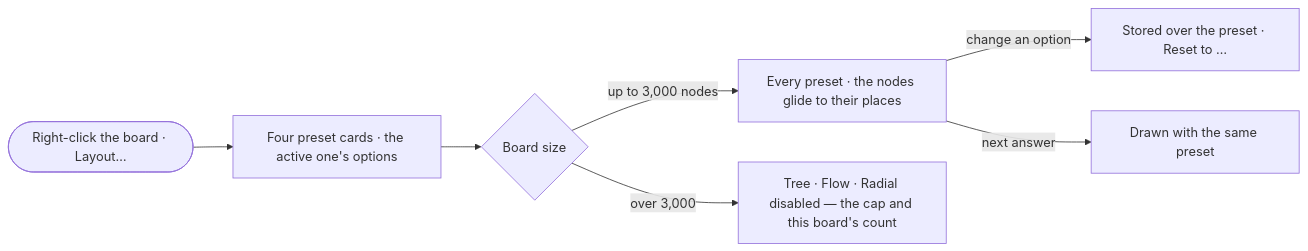
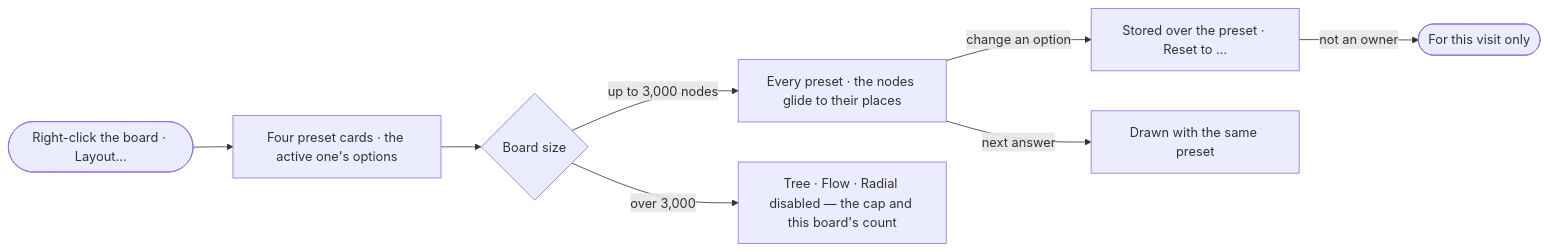
The diagram in specs/capabilities/explore/features/EX-F01-the-board-and-its-canvas/stories/EX-16-switch-the-layout/story.md (invana/invana), drawn with Mermaid before and after one commit. The commit also changed other lines of this file and 522 other files, not shown here.

````diff
--- a/specs/capabilities/explore/features/EX-F01-the-board-and-its-canvas/stories/EX-16-switch-the-layout/story.md
+++ b/specs/capabilities/explore/features/EX-F01-the-board-and-its-canvas/stories/EX-16-switch-the-layout/story.md
@@ -26,9 +26,10 @@
 ```mermaid
 flowchart LR
   a([Right-click the board · Layout…]) --> p["Four preset cards · the active one's options"]
   p --> n{Board size}
   n -->|up to 3,000 nodes| g["Every preset · the nodes glide to their places"]
   n -->|over 3,000| x["Tree · Flow · Radial disabled — the cap and this board's count"]
   g -->|change an option| o["Stored over the preset · Reset to …"]
+  o -->|not an owner| v(["For this visit only"])
   g -->|next answer| h["Drawn with the same preset"]
 ```
````
